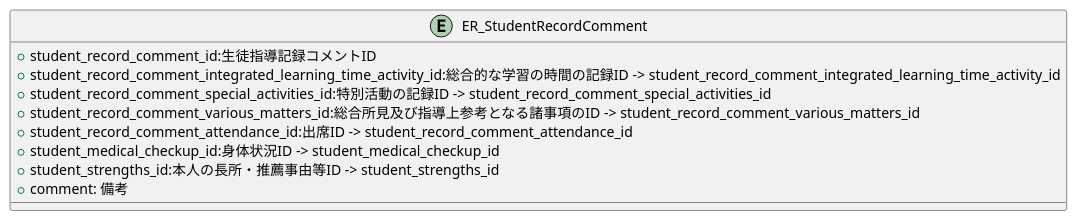
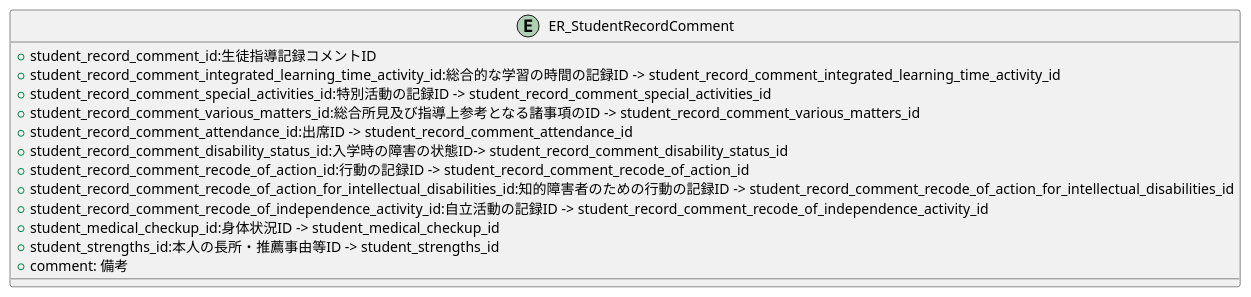
Before and after one commit to popoposorara/ERP_ER: the diagram in Entity/ER_StudentRecordComment.pu, drawn with PlantUML. The commit also changed 9 other files, not shown here.

```diff
--- a/Entity/ER_StudentRecordComment.pu
+++ b/Entity/ER_StudentRecordComment.pu
@@ -1,14 +1,18 @@
 @startuml
 
 entity "ER_StudentRecordComment"{
     + student_record_comment_id:生徒指導記録コメントID
     + student_record_comment_integrated_learning_time_activity_id:総合的な学習の時間の記録ID -> student_record_comment_integrated_learning_time_activity_id
     + student_record_comment_special_activities_id:特別活動の記録ID -> student_record_comment_special_activities_id
     + student_record_comment_various_matters_id:総合所見及び指導上参考となる諸事項のID -> student_record_comment_various_matters_id
     + student_record_comment_attendance_id:出席ID -> student_record_comment_attendance_id
+    + student_record_comment_disability_status_id:入学時の障害の状態ID-> student_record_comment_disability_status_id
+    + student_record_comment_recode_of_action_id:行動の記録ID -> student_record_comment_recode_of_action_id
+    + student_record_comment_recode_of_action_for_intellectual_disabilities_id:知的障害者のための行動の記録ID -> student_record_comment_recode_of_action_for_intellectual_disabilities_id
+    + student_record_comment_recode_of_independence_activity_id:自立活動の記録ID -> student_record_comment_recode_of_independence_activity_id
     + student_medical_checkup_id:身体状況ID -> student_medical_checkup_id
     + student_strengths_id:本人の長所・推薦事由等ID -> student_strengths_id
     + comment: 備考
 }
 
 @enduml
```
